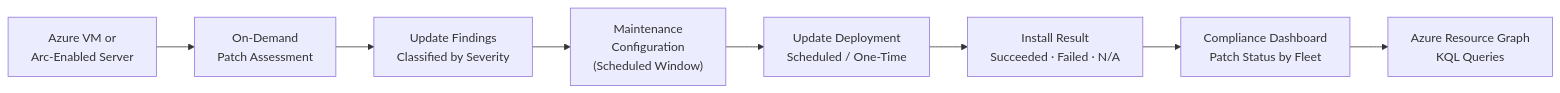
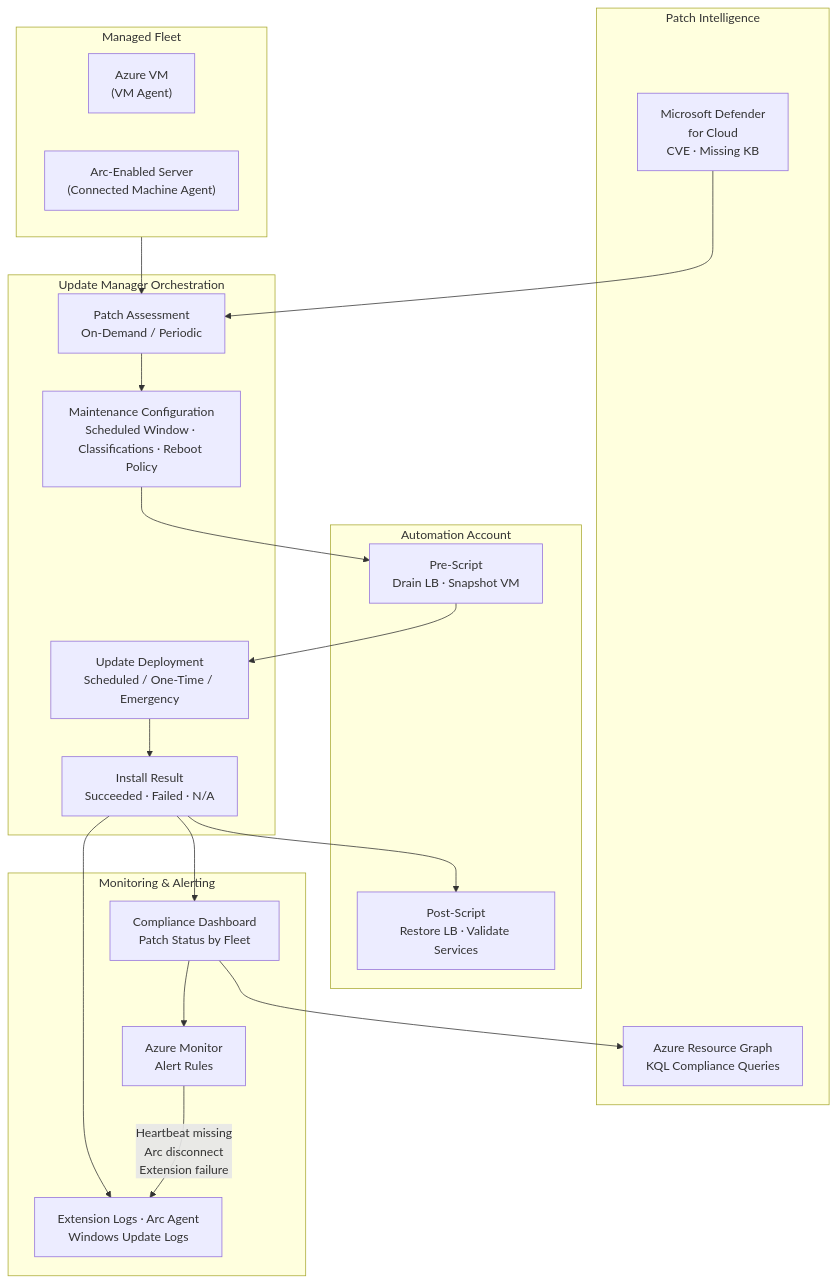
Diagram 12 of 14 in Architecture Overview.md (nkadwaikar/azure-hands-on-engineering), drawn with Mermaid before and after one commit. The commit also changed other lines of this file and 5 other files, not shown here.

````diff
--- a/Architecture Overview.md
+++ b/Architecture Overview.md
@@ -196,10 +196,43 @@
 ```mermaid
-flowchart LR
-    Machine["Azure VM or\nArc-Enabled Server"] --> Assess["On-Demand\nPatch Assessment"]
-    Assess --> Findings["Update Findings\nClassified by Severity"]
-    Findings --> MC["Maintenance\nConfiguration\n(Scheduled Window)"]
-    MC --> Deploy["Update Deployment\nScheduled / One-Time"]
-    Deploy --> Outcome["Install Result\nSucceeded · Failed · N/A"]
-    Outcome --> Comply["Compliance Dashboard\nPatch Status by Fleet"]
-    Comply --> KQL["Azure Resource Graph\nKQL Queries"]
+flowchart TD
+    subgraph Sources["Patch Intelligence"]
+        MDC["Microsoft Defender\nfor Cloud\nCVE · Missing KB"]
+        ARG["Azure Resource Graph\nKQL Compliance Queries"]
+    end
+
+    subgraph Fleet["Managed Fleet"]
+        AzVM["Azure VM\n(VM Agent)"]
+        ArcSrv["Arc-Enabled Server\n(Connected Machine Agent)"]
+    end
+
+    subgraph Orchestration["Update Manager Orchestration"]
+        Assess["Patch Assessment\nOn-Demand / Periodic"]
+        MC["Maintenance Configuration\nScheduled Window · Classifications · Reboot Policy"]
+        Deploy["Update Deployment\nScheduled / One-Time / Emergency"]
+        Outcome["Install Result\nSucceeded · Failed · N/A"]
+    end
+
+    subgraph Automation["Automation Account"]
+        PreScript["Pre-Script\nDrain LB · Snapshot VM"]
+        PostScript["Post-Script\nRestore LB · Validate Services"]
+    end
+
+    subgraph Observability["Monitoring & Alerting"]
+        Monitor["Azure Monitor\nAlert Rules"]
+        Comply["Compliance Dashboard\nPatch Status by Fleet"]
+        Logs["Extension Logs · Arc Agent\nWindows Update Logs"]
+    end
+
+    Fleet --> Assess
+    MDC --> Assess
+    Assess --> MC
+    MC --> PreScript
+    PreScript --> Deploy
+    Deploy --> Outcome
+    Outcome --> PostScript
+    Outcome --> Comply
+    Outcome --> Logs
+    Comply --> ARG
+    Comply --> Monitor
+    Monitor -->|"Heartbeat missing\nArc disconnect\nExtension failure"| Logs
 ```
````
